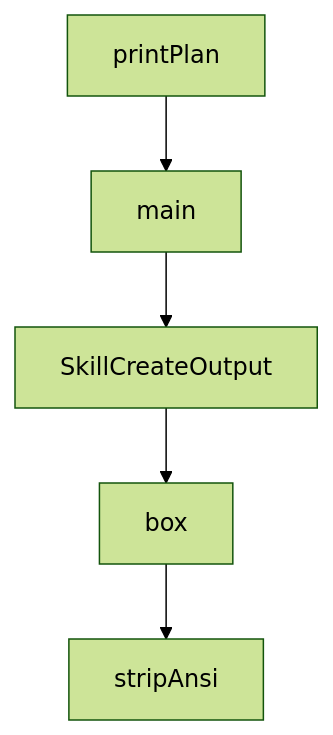
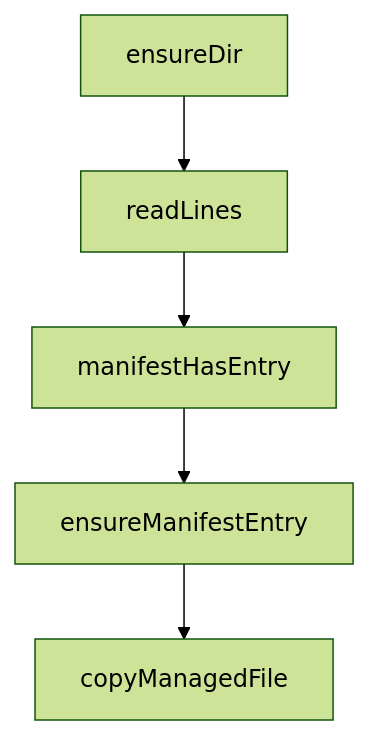
One commit to johnxie/awesome-code-docs changed the diagram in tutorials/everything-claude-code-tutorial/05-hooks-mcp-and-continuous-learning-loops.md. Above: the diagram before and after it, drawn with Mermaid (forest theme). The commit also changed other lines of this file and 1232 other files, not shown here.

````diff
--- a/tutorials/everything-claude-code-tutorial/05-hooks-mcp-and-continuous-learning-loops.md
+++ b/tutorials/everything-claude-code-tutorial/05-hooks-mcp-and-continuous-learning-loops.md
@@ -218,12 +216,12 @@
 ```mermaid
 flowchart TD
-    A[printPlan]
-    B[main]
-    C[SkillCreateOutput]
-    D[box]
-    E[stripAnsi]
+    A[ensureDir]
+    B[readLines]
+    C[manifestHasEntry]
+    D[ensureManifestEntry]
+    E[copyManagedFile]
     A --> B
     B --> C
     C --> D
     D --> E
 ```
````
